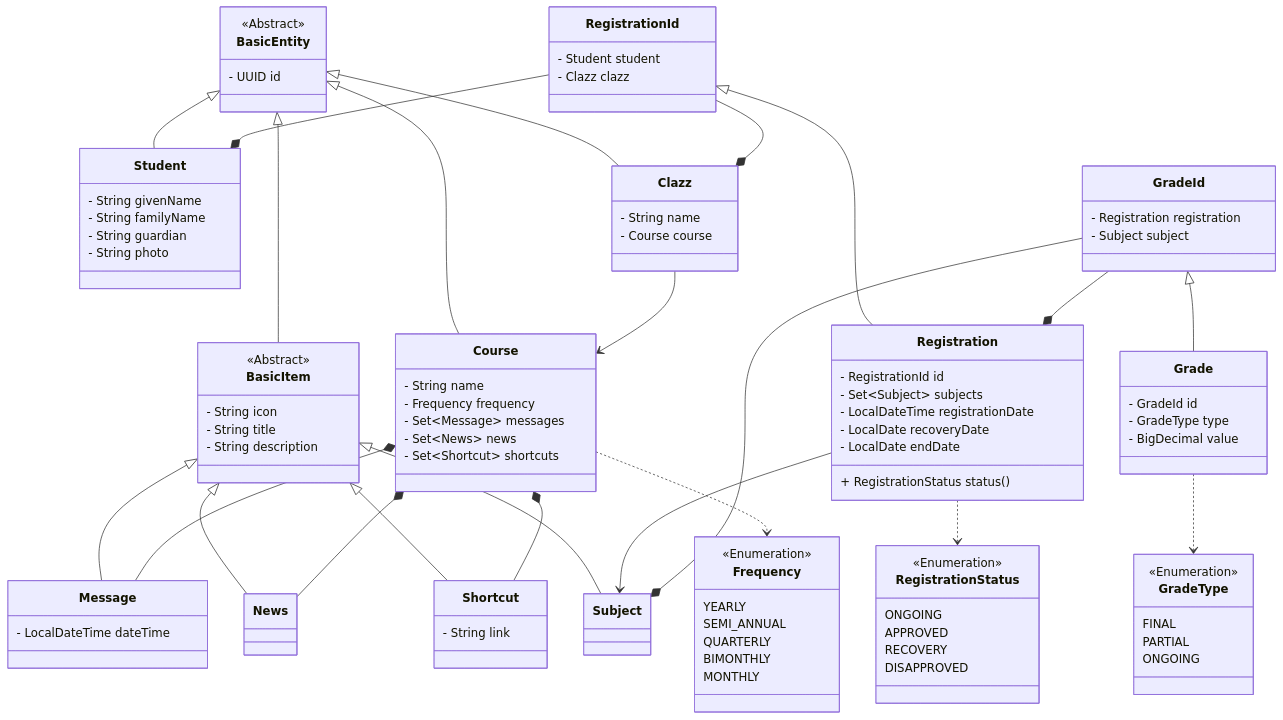
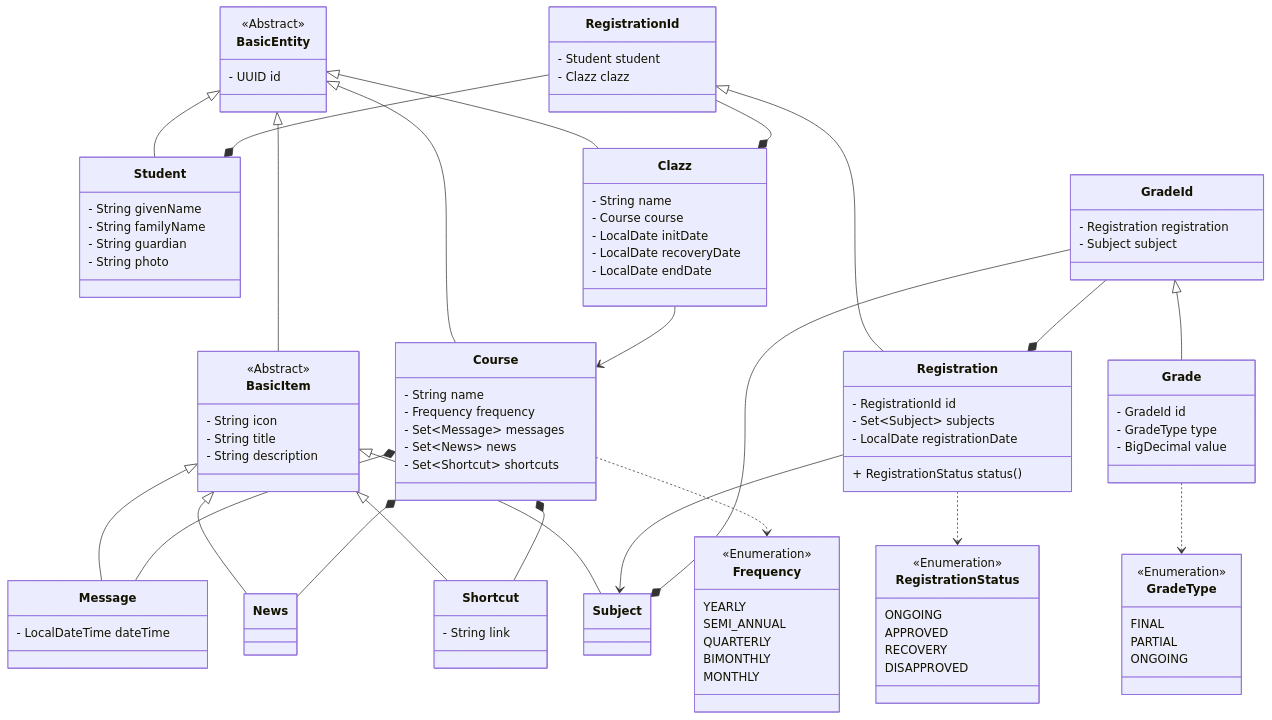
Before and after one commit to didifive/ess-api: the second of 2 diagrams in README.md, drawn with Mermaid. The commit also changed other lines of this file and 2 other files, not shown here.

```diff
--- a/README.md
+++ b/README.md
@@ -189,6 +189,9 @@
     class Clazz {
         - String name
         - Course course
+        - LocalDate initDate
+        - LocalDate recoveryDate
+        - LocalDate endDate
     }
 
     class RegistrationId {
@@ -199,9 +202,7 @@
     class Registration {
         - RegistrationId id
         - Set~Subject~ subjects
-        - LocalDateTime registrationDate
-        - LocalDate recoveryDate
-        - LocalDate endDate
+        - LocalDate registrationDate
         + RegistrationStatus status()
     }
 
```
